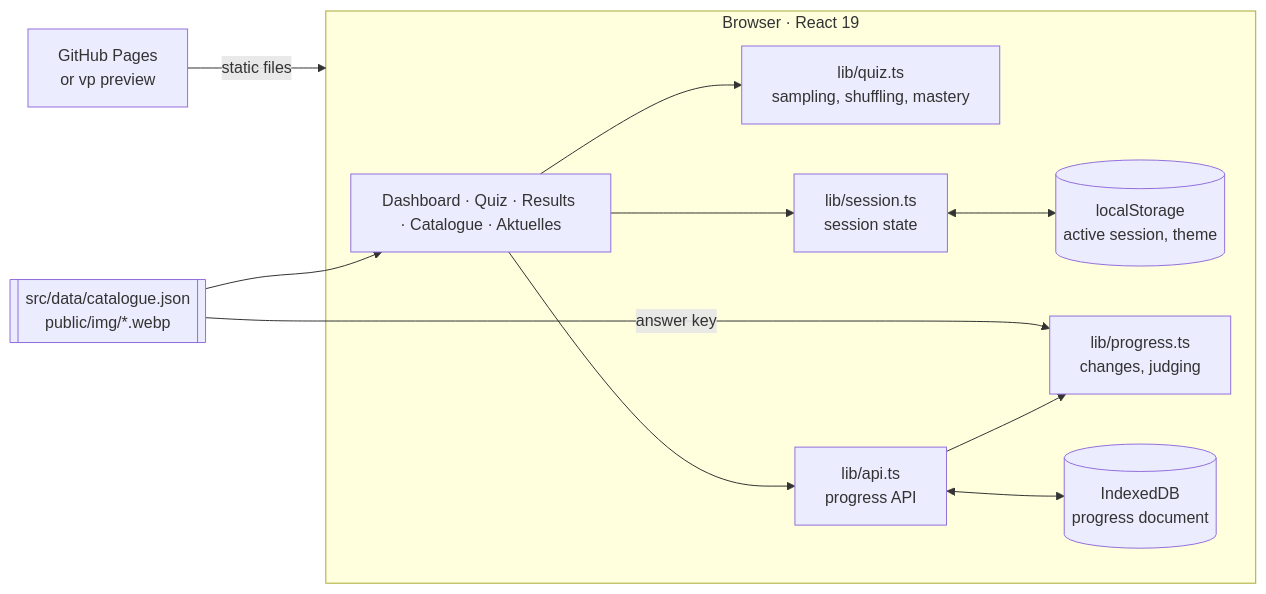
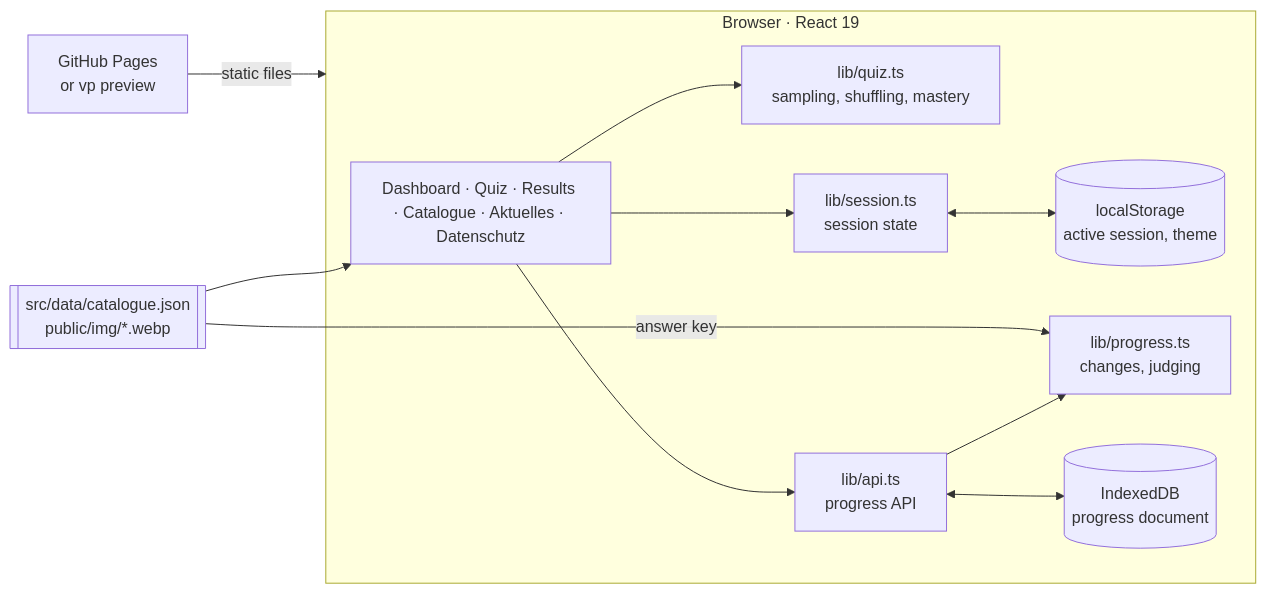
Before and after one commit to IndrajeetPatil/einbuergerungstest: the diagram in docs/architecture.md, drawn with Mermaid. The commit also changed other lines of this file and 9 other files, not shown here.

````diff
--- a/docs/architecture.md
+++ b/docs/architecture.md
@@ -10,24 +10,24 @@
 ```mermaid
 flowchart LR
   subgraph Browser["Browser · React 19"]
-    UI["Dashboard · Quiz · Results · Catalogue · Aktuelles"]
+    UI["Dashboard · Quiz · Results · Catalogue · Aktuelles · Datenschutz"]
     Logic["lib/quiz.ts<br/>sampling, shuffling, mastery"]
     Session["lib/session.ts<br/>session state"]
     Local[("localStorage<br/>active session, theme")]
     API["lib/api.ts<br/>progress API"]
     Store["lib/progress.ts<br/>changes, judging"]
     IDB[("IndexedDB<br/>progress document")]
     UI --> Logic
     UI --> Session
     Session <--> Local
     UI --> API --> Store
     API <--> IDB
   end
 
   Catalogue[["src/data/catalogue.json<br/>public/img/*.webp"]]
   Pages["GitHub Pages<br/>or vp preview"]
 
   Pages -- "static files" --> Browser
   Catalogue --> UI
   Catalogue -- "answer key" --> Store
 ```
````
